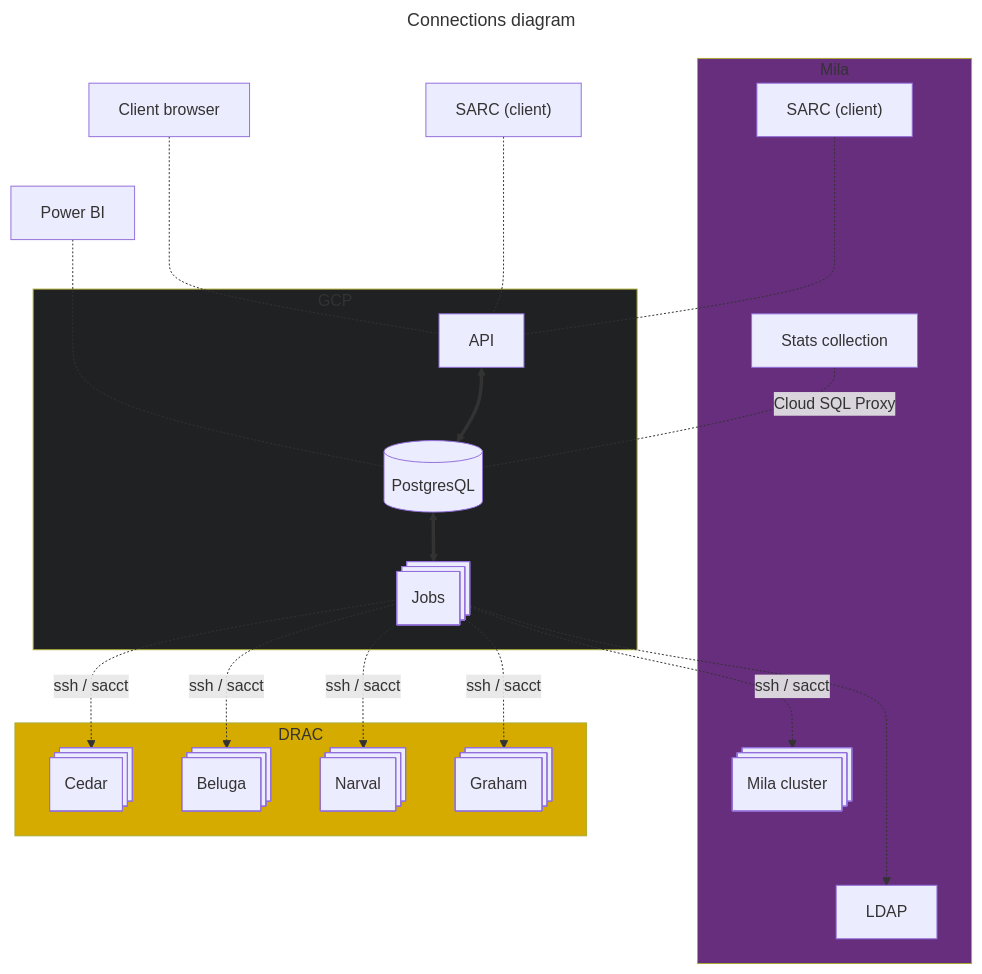
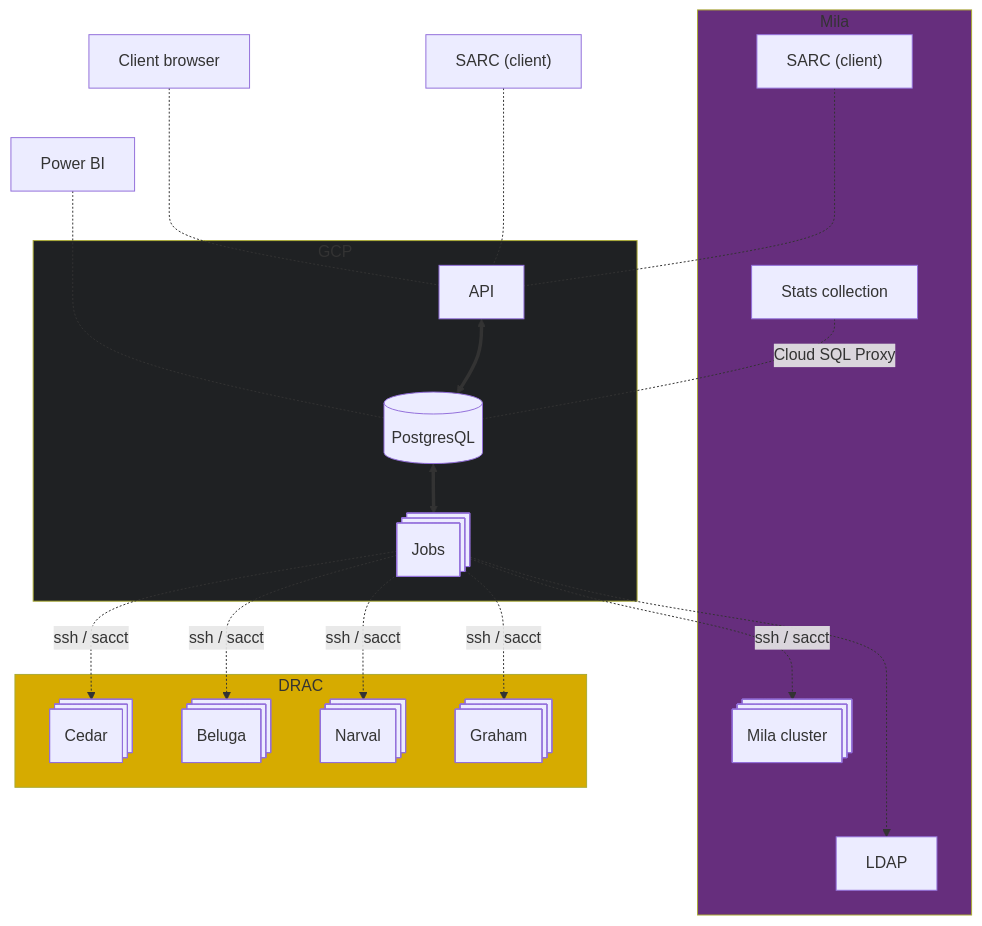
Before and after one commit to mila-iqia/SARC: the diagram in docs/dev_overview/connections_diagram.md, drawn with Mermaid. The commit also changed 1 other file, not shown here.

````diff
--- a/docs/dev_overview/connections_diagram.md
+++ b/docs/dev_overview/connections_diagram.md
@@ -3,50 +3,48 @@
-```{mermaid}
----
-title: Connections diagram
----
+```mermaid
+
 flowchart TB
 	subgraph Mila
 		%% direction BT
 		cluster_mila@{shape: procs, label: "Mila cluster"}
     client1["SARC (client)"]
     idt["Stats collection"]
 	  ldap[LDAP]
 	end
 
 	subgraph GCP
 		DB[(PostgresQL)]
 		sarc@{shape: procs, label: "Jobs"}
 		api["API"]
 	end
 
 	subgraph DRAC
 		cluster_cedar@{shape: procs, label: "Cedar"}
 		cluster_beluga@{shape: procs, label: "Beluga"}
 		cluster_narval@{shape: procs, label: "Narval"}
 		cluster_graham@{shape: procs, label: "Graham"}
 	end
 
   style Mila fill:#662e7d
   style DRAC fill:#d6ab00
   style GCP fill:#1f2123
 
 	DB <==> sarc
 	api <==> DB
 	sarc -..-> ldap
 
   sarc-.ssh / sacct.->cluster_mila
   sarc-.ssh / sacct.->cluster_cedar
   sarc-.ssh / sacct.->cluster_beluga
   sarc-.ssh / sacct.->cluster_narval
   sarc-.ssh / sacct.->cluster_graham
 
   pbi["Power BI"]
   client2["SARC (client)"]
   browser["Client browser"]
 
 	client1-..-api
 	client2-..-api
 	browser-..-api
 	pbi-..-DB
 	idt-.Cloud SQL Proxy.-DB
 ```
````
